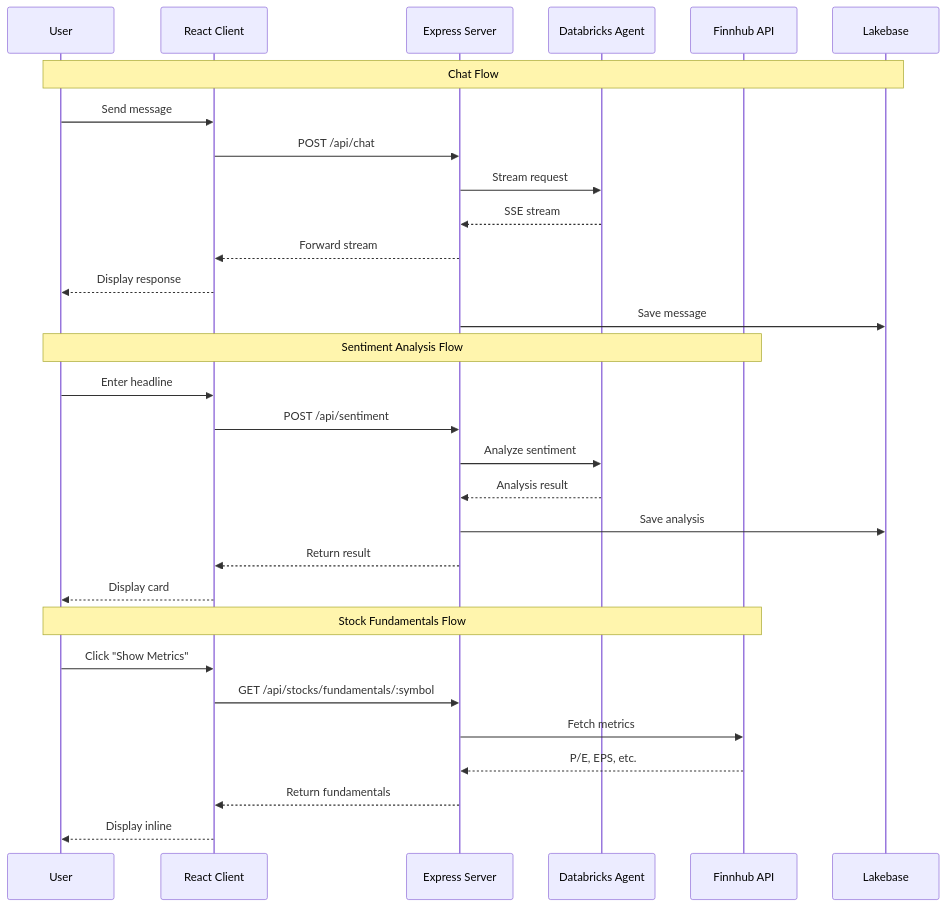
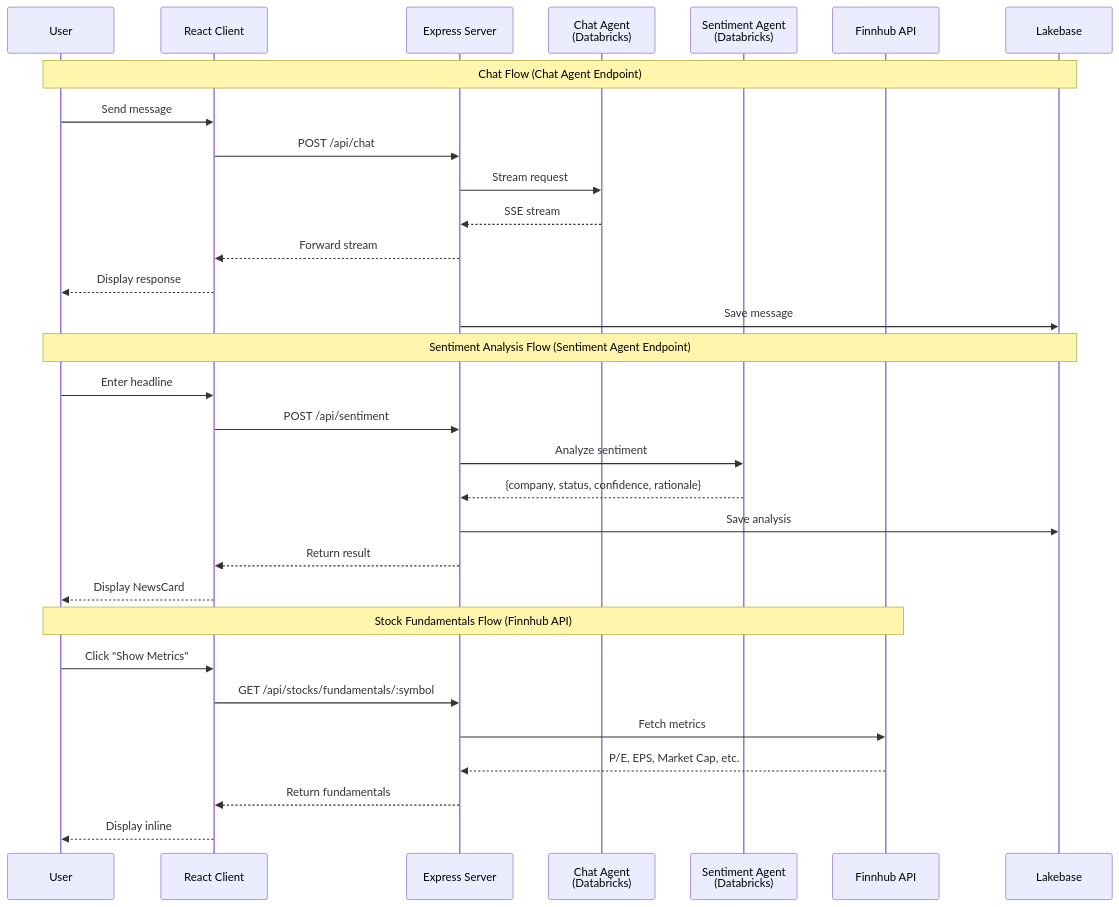
Before and after one commit to AnanyaDBJ/equity-analyst-app-agent: the second of 3 diagrams in README.md, drawn with Mermaid. The commit also changed other lines of this file, not shown here.

First line of the commit message:
docs: Clarify Databricks Sentiment Agent endpoint architecture

````diff
--- a/README.md
+++ b/README.md
@@ -84,35 +101,36 @@
 ```mermaid
 sequenceDiagram
     participant U as User
     participant C as React Client
     participant S as Express Server
-    participant D as Databricks Agent
+    participant CA as Chat Agent<br/>(Databricks)
+    participant SA as Sentiment Agent<br/>(Databricks)
     participant F as Finnhub API
     participant DB as Lakebase
 
-    Note over U,DB: Chat Flow
+    Note over U,DB: Chat Flow (Chat Agent Endpoint)
     U->>C: Send message
     C->>S: POST /api/chat
-    S->>D: Stream request
-    D-->>S: SSE stream
+    S->>CA: Stream request
+    CA-->>S: SSE stream
     S-->>C: Forward stream
     C-->>U: Display response
     S->>DB: Save message
 
-    Note over U,F: Sentiment Analysis Flow
+    Note over U,DB: Sentiment Analysis Flow (Sentiment Agent Endpoint)
     U->>C: Enter headline
     C->>S: POST /api/sentiment
-    S->>D: Analyze sentiment
-    D-->>S: Analysis result
+    S->>SA: Analyze sentiment
+    SA-->>S: {company, status, confidence, rationale}
     S->>DB: Save analysis
     S-->>C: Return result
-    C-->>U: Display card
+    C-->>U: Display NewsCard
 
-    Note over U,F: Stock Fundamentals Flow
+    Note over U,F: Stock Fundamentals Flow (Finnhub API)
     U->>C: Click "Show Metrics"
     C->>S: GET /api/stocks/fundamentals/:symbol
     S->>F: Fetch metrics
-    F-->>S: P/E, EPS, etc.
+    F-->>S: P/E, EPS, Market Cap, etc.
     S-->>C: Return fundamentals
     C-->>U: Display inline
 ```
````
